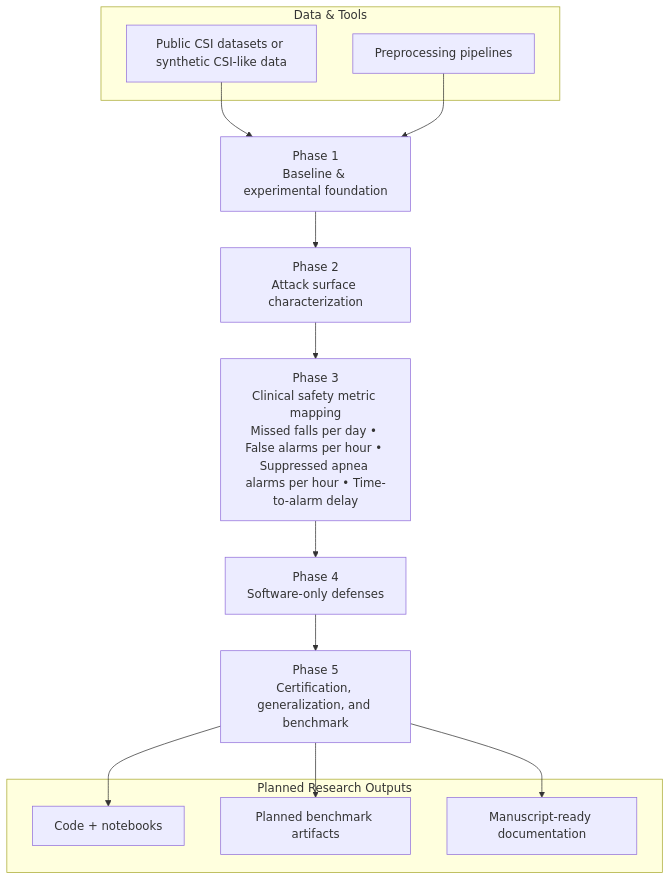
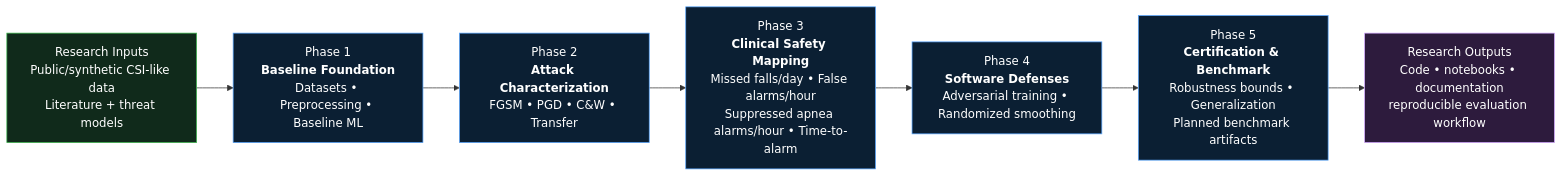
Before and after one commit to shahram-h-hesari/secure-wifi-csi-healthcare-sensing: the diagram in projects/README.md, drawn with Mermaid.

Commit message:
Improve thesis roadmap diagram layout

````diff
--- a/projects/README.md
+++ b/projects/README.md
@@ -11,25 +11,18 @@
 ```mermaid
-flowchart TD
-  A["Phase 1<br/>Baseline & experimental foundation"] --> B["Phase 2<br/>Attack surface characterization"]
-  B --> C["Phase 3<br/>Clinical safety metric mapping<br/>Missed falls per day • False alarms per hour • Suppressed apnea alarms per hour • Time-to-alarm delay"]
-  C --> D["Phase 4<br/>Software-only defenses"]
-  D --> E["Phase 5<br/>Certification, generalization, and benchmark"]
+flowchart LR
+  A["Phase 1<br/><b>Baseline Foundation</b><br/>Datasets • Preprocessing • Baseline ML"] --> B["Phase 2<br/><b>Attack Characterization</b><br/>FGSM • PGD • C&W • Transfer"]
+  B --> C["Phase 3<br/><b>Clinical Safety Mapping</b><br/>Missed falls/day • False alarms/hour<br/>Suppressed apnea alarms/hour • Time-to-alarm"]
+  C --> D["Phase 4<br/><b>Software Defenses</b><br/>Adversarial training • Randomized smoothing"]
+  D --> E["Phase 5<br/><b>Certification & Benchmark</b><br/>Robustness bounds • Generalization<br/>Planned benchmark artifacts"]
 
-  subgraph Data["Data & Tools"]
-    DA["Public CSI datasets or synthetic CSI-like data"]
-    DB["Preprocessing pipelines"]
-  end
+  S["Research Inputs<br/>Public/synthetic CSI-like data<br/>Literature + threat models"] --> A
+  E --> O["Research Outputs<br/>Code • notebooks • documentation<br/>reproducible evaluation workflow"]
 
-  DA --> A
-  DB --> A
+  classDef phase fill:#0B1F33,stroke:#58A6FF,color:#FFFFFF,stroke-width:1px;
+  classDef input fill:#102A1B,stroke:#3FB950,color:#FFFFFF,stroke-width:1px;
+  classDef output fill:#2D1B3D,stroke:#D2A8FF,color:#FFFFFF,stroke-width:1px;
 
-  subgraph Outputs["Planned Research Outputs"]
-    O1["Code + notebooks"]
-    O2["Planned benchmark artifacts"]
-    O3["Manuscript-ready documentation"]
-  end
-
-  E --> O1
-  E --> O2
-  E --> O3
+  class A,B,C,D,E phase;
+  class S input;
+  class O output;
 ```
````
